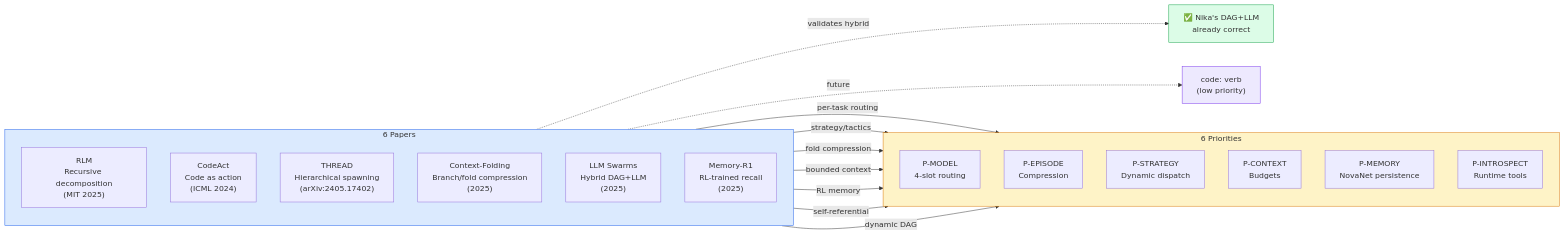
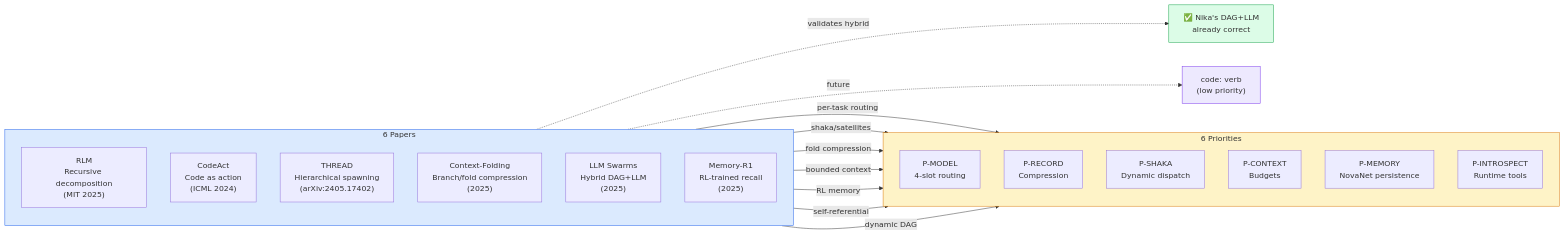
The seventh of 14 diagrams in docs/brainstorm/nika-evolution/06-research-synthesis-report.md (supernovae-st/nika), drawn with Mermaid before and after one commit. The commit also changed other lines of this file and 12 other files, not shown here.

````diff
--- a/docs/brainstorm/nika-evolution/06-research-synthesis-report.md
+++ b/docs/brainstorm/nika-evolution/06-research-synthesis-report.md
@@ -303,37 +303,37 @@
 ```mermaid
 flowchart LR
     subgraph PAPERS["6 Papers"]
         direction TB
         RLM["RLM\nRecursive decomposition\n(MIT 2025)"]
         CA["CodeAct\nCode as action\n(ICML 2024)"]
         TH["THREAD\nHierarchical spawning\n(arXiv:2405.17402)"]
         CF["Context-Folding\nBranch/fold compression\n(2025)"]
         SW["LLM Swarms\nHybrid DAG+LLM\n(2025)"]
         MR["Memory-R1\nRL-trained recall\n(2025)"]
     end
 
     subgraph PRIORITIES["6 Priorities"]
         direction TB
         PM["P-MODEL\n4-slot routing"]
-        PE["P-EPISODE\nCompression"]
-        PS["P-STRATEGY\nDynamic dispatch"]
+        PE["P-RECORD\nCompression"]
+        PS["P-SHAKA\nDynamic dispatch"]
         PC["P-CONTEXT\nBudgets"]
         PMEM["P-MEMORY\nNovaNet persistence"]
         PI["P-INTROSPECT\nRuntime tools"]
     end
 
     TH -->|"per-task routing"| PM
-    TH -->|"strategy/tactics"| PS
+    TH -->|"shaka/satellites"| PS
     CF -->|"fold compression"| PE
     CF -->|"bounded context"| PC
     MR -->|"RL memory"| PMEM
     RLM -->|"self-referential"| PI
     RLM -->|"dynamic DAG"| PS
     SW -.->|"validates hybrid"| VALID["✅ Nika's DAG+LLM\nalready correct"]
     CA -.->|"future"| FUT["code: verb\n(low priority)"]
 
     style PAPERS fill:#dbeafe,stroke:#2563eb
     style PRIORITIES fill:#fef3c7,stroke:#d97706
     style VALID fill:#dcfce7,stroke:#16a34a
     style FUT fill:#ede9fe,stroke:#7c3aed
 ```
````
